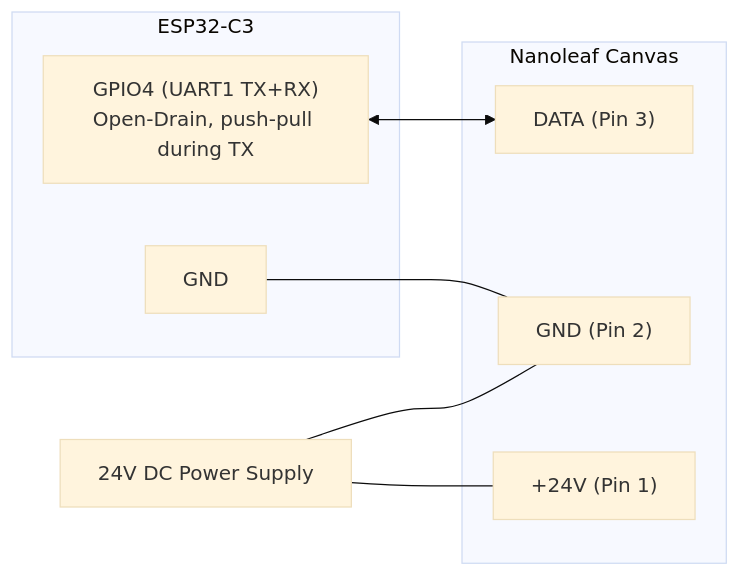
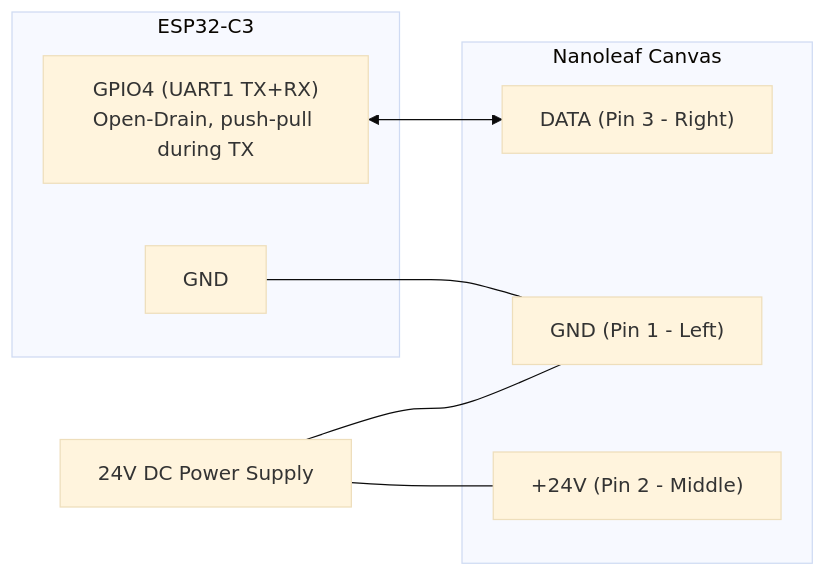
The diagram in CANVAS_PROTOCOL.md (koosc/nanoleaf-canvas-esp32-control), drawn with Mermaid (base theme) before and after one commit. The commit also changed other lines of this file and 12 other files, not shown here.

````diff
--- a/CANVAS_PROTOCOL.md
+++ b/CANVAS_PROTOCOL.md
@@ -36,18 +37,18 @@
 ```mermaid
 flowchart LR
     subgraph ESP32-C3
         GPIO4["GPIO4 (UART1 TX+RX)<br/>Open-Drain, push-pull during TX"]
         GND_ESP["GND"]
     end
     subgraph Nanoleaf Canvas
-        DATA["DATA (Pin 3)"]
-        GND_PANEL["GND (Pin 2)"]
-        V24["+24V (Pin 1)"]
+        GND_PANEL["GND (Pin 1 - Left)"]
+        V24["+24V (Pin 2 - Middle)"]
+        DATA["DATA (Pin 3 - Right)"]
     end
     PSU["24V DC Power Supply"]
 
     GPIO4 <--> DATA
     GND_ESP --- GND_PANEL
     PSU --- V24
     PSU --- GND_PANEL
 ```
````
